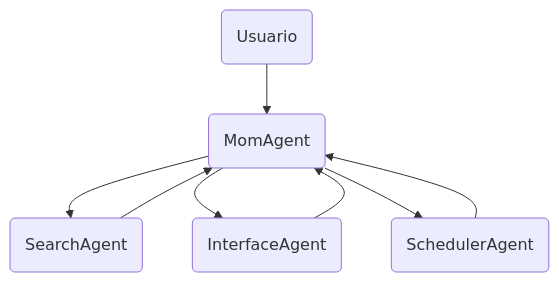
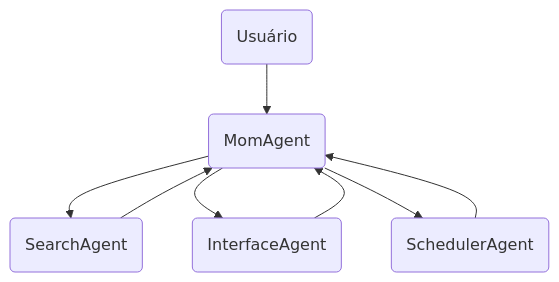
Before and after one commit to WesleyQDev/momai-whatsapp-extension: the first of 2 diagrams in pt-BR/por-que-momai.mdx, drawn with Mermaid. The commit also changed other lines of this file and 11 other files, not shown here.

````diff
--- a/pt-BR/por-que-momai.mdx
+++ b/pt-BR/por-que-momai.mdx
@@ -39,8 +69,8 @@
    ```mermaid
      flowchart TB
-         n1("Usuario") --> n3("MomAgent")
+         n1("Usuário") --> n3("MomAgent")
          n3 --> n4("SearchAgent") & n5("InterfaceAgent") & n6("SchedulerAgent")
          n4 --> n3
          n5 --> n3
          n6 --> n3
    ```
````
